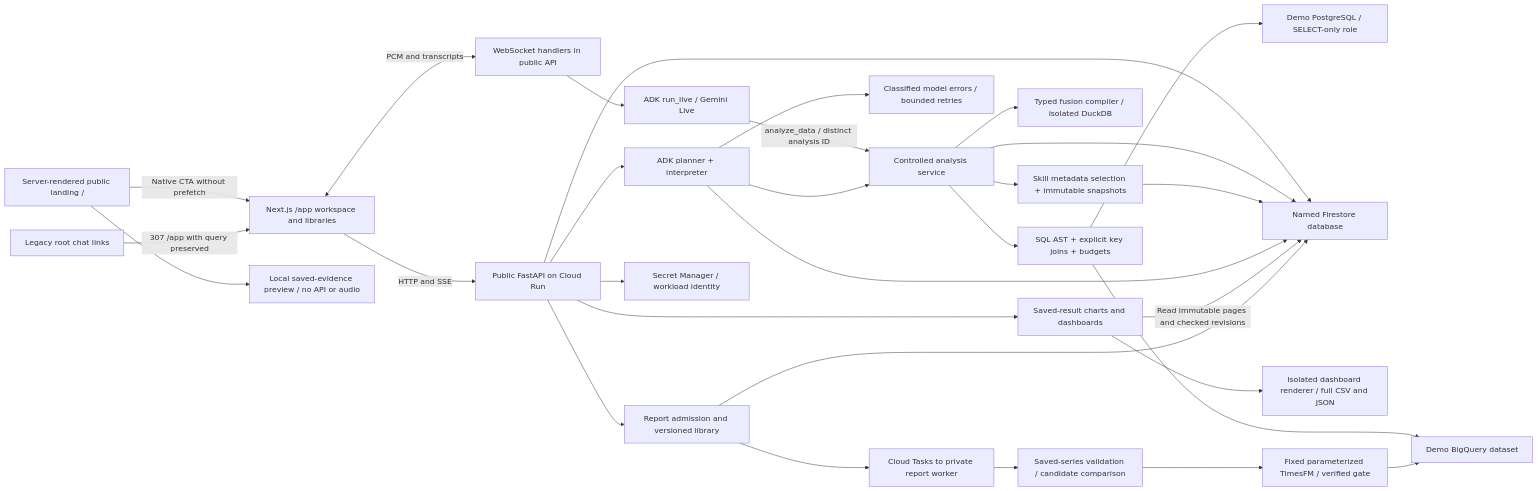
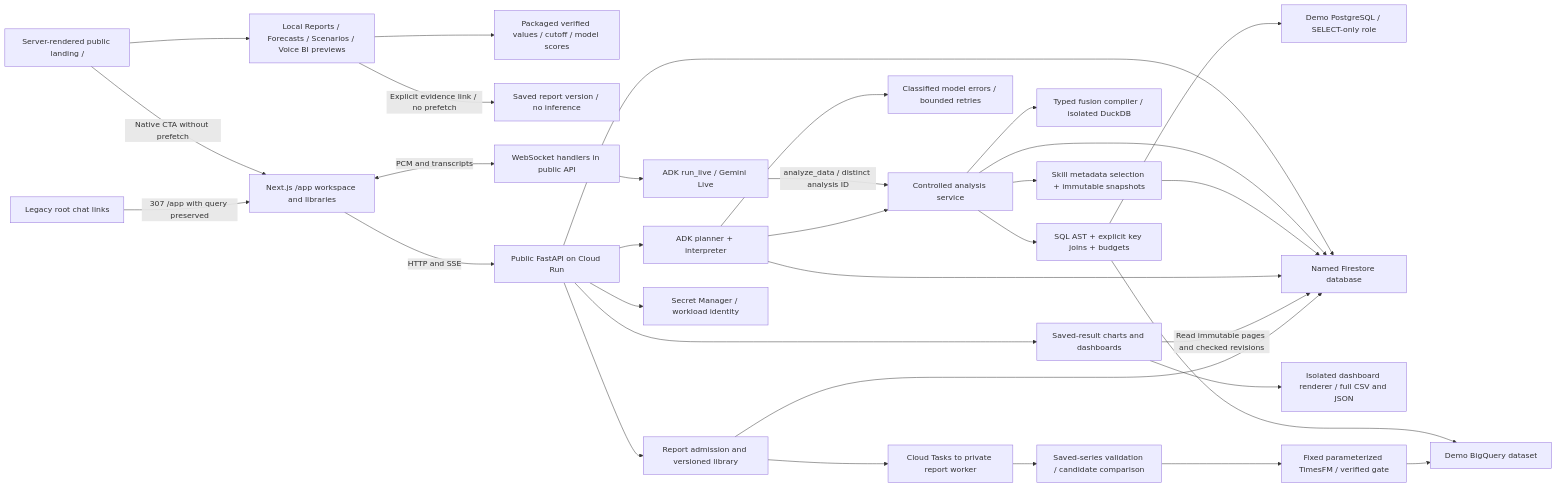
Before and after one commit to RusiruChathushanaka/querylane-agentic-bi: the diagram in docs/graphify/application.mmd, drawn with Mermaid. The commit also changed 11 other files, not shown here.

Commit message:
Refresh TimesFM landing documentation and Graphify architecture maps

```diff
--- a/docs/graphify/application.mmd
+++ b/docs/graphify/application.mmd
@@ -1,30 +1,32 @@
 flowchart LR
     Landing[Server-rendered public landing /] -->|Native CTA without prefetch| Browser[Next.js /app workspace and libraries]
-    Landing --> Preview[Local saved-evidence preview / no API or audio]
+    Landing --> Preview[Local Reports / Forecasts / Scenarios / Voice BI previews]
+    Preview --> Fixture[Packaged verified values / cutoff / model scores]
+    Preview -->|Explicit evidence link / no prefetch| Version[Saved report version / no inference]
     Legacy[Legacy root chat links] -->|307 /app with query preserved| Browser
     Browser -->|HTTP and SSE| API[Public FastAPI on Cloud Run]
     Browser <-->|PCM and transcripts| Voice[WebSocket handlers in public API]
     API --> ADK[ADK planner + interpreter]
     Voice --> Live[ADK run_live / Gemini Live]
     Live -->|analyze_data / distinct analysis ID| Analysis[Controlled analysis service]
     ADK --> Failures[Classified model errors / bounded retries]
     ADK --> Analysis
     Analysis --> Guard[SQL AST + explicit key joins + budgets]
     Guard --> BQ[Demo BigQuery dataset]
     Guard --> PG[Demo PostgreSQL / SELECT-only role]
     Analysis --> Fusion[Typed fusion compiler / isolated DuckDB]
     API --> Store[Named Firestore database]
     Analysis --> Store
     Analysis --> Skills[Skill metadata selection + immutable snapshots]
     Skills --> Store
     ADK --> Store
     API --> Saved[Saved-result charts and dashboards]
     Saved -->|Read immutable pages and checked revisions| Store
     Saved --> Export[Isolated dashboard renderer / full CSV and JSON]
     API --> Reports[Report admission and versioned library]
     Reports --> Store
     Reports --> Dispatch[Cloud Tasks to private report worker]
     Dispatch --> Comparison[Saved-series validation / candidate comparison]
     Comparison --> TimesFM[Fixed parameterized TimesFM / verified gate]
     TimesFM --> BQ
     API --> Secrets[Secret Manager / workload identity]
```
